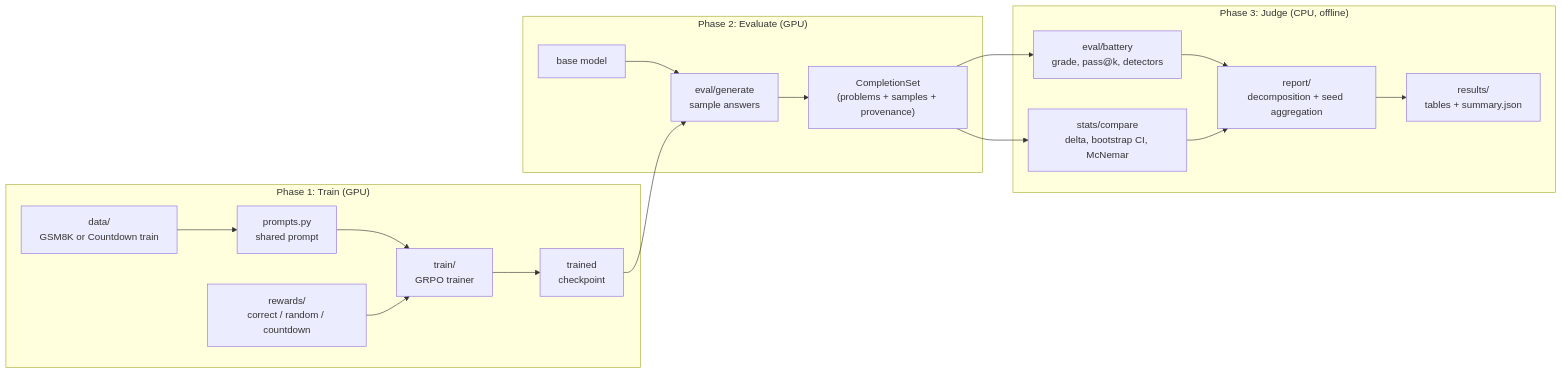
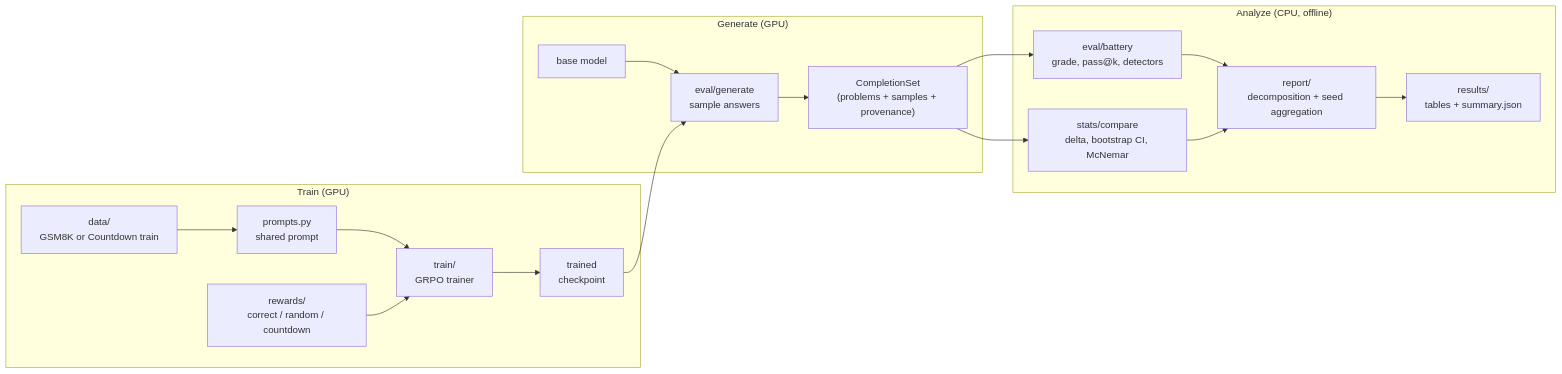
The first of 6 diagrams in docs/ARCHITECTURE.md (adamthuvesen/grpo-decomp), drawn with Mermaid before and after one commit. The commit also changed other lines of this file and 13 other files, not shown here.

````diff
--- a/docs/ARCHITECTURE.md
+++ b/docs/ARCHITECTURE.md
@@ -27,21 +27,21 @@
 ```mermaid
 flowchart LR
-    subgraph p1["Phase 1: Train (GPU)"]
+    subgraph p1["Train (GPU)"]
         D["data/<br/>GSM8K or Countdown train"] --> P["prompts.py<br/>shared prompt"]
         P --> T["train/<br/>GRPO trainer"]
         R["rewards/<br/>correct / random / countdown"] --> T
         T --> M["trained<br/>checkpoint"]
     end
-    subgraph p2["Phase 2: Evaluate (GPU)"]
+    subgraph p2["Generate (GPU)"]
         BASE["base model"] --> G["eval/generate<br/>sample answers"]
         M --> G
         G --> CS["CompletionSet<br/>(problems + samples + provenance)"]
     end
-    subgraph p3["Phase 3: Judge (CPU, offline)"]
+    subgraph p3["Analyze (CPU, offline)"]
         CS --> B["eval/battery<br/>grade, pass@k, detectors"]
         CS --> C["stats/compare<br/>delta, bootstrap CI, McNemar"]
         B --> REP["report/<br/>decomposition + seed aggregation"]
         C --> REP
         REP --> RES["results/<br/>tables + summary.json"]
     end
 ```
````
